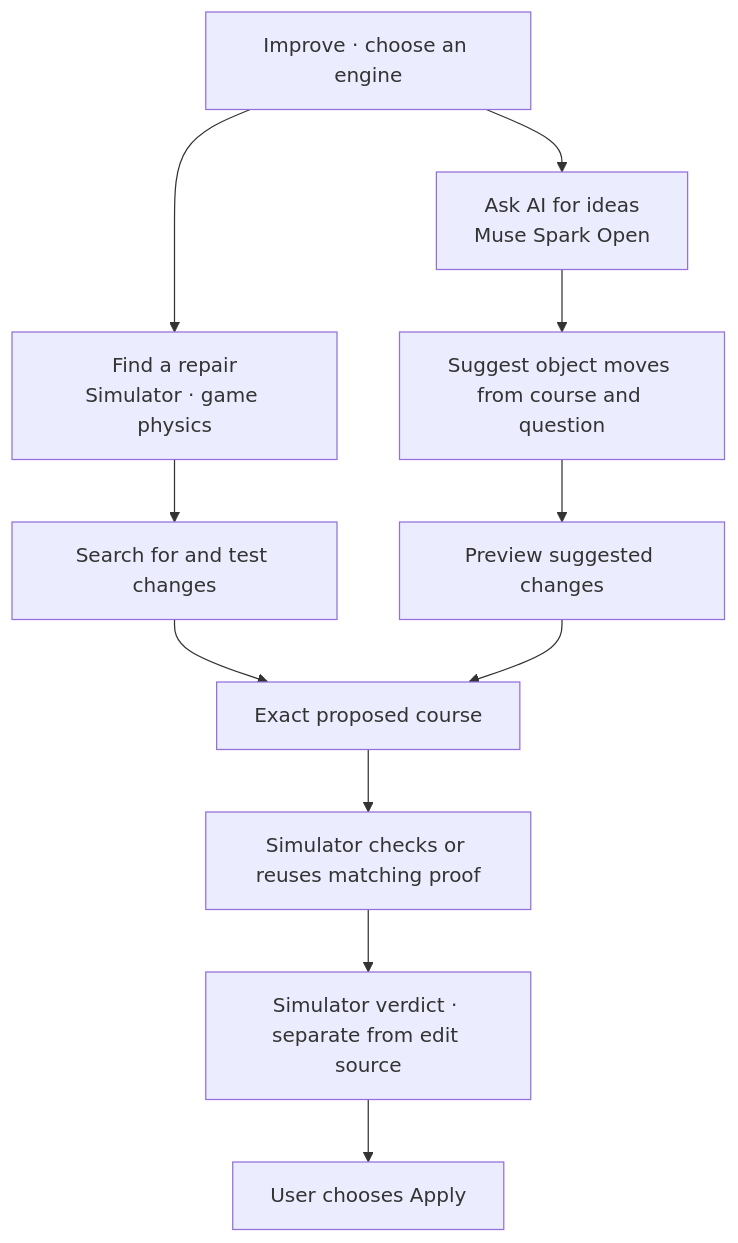
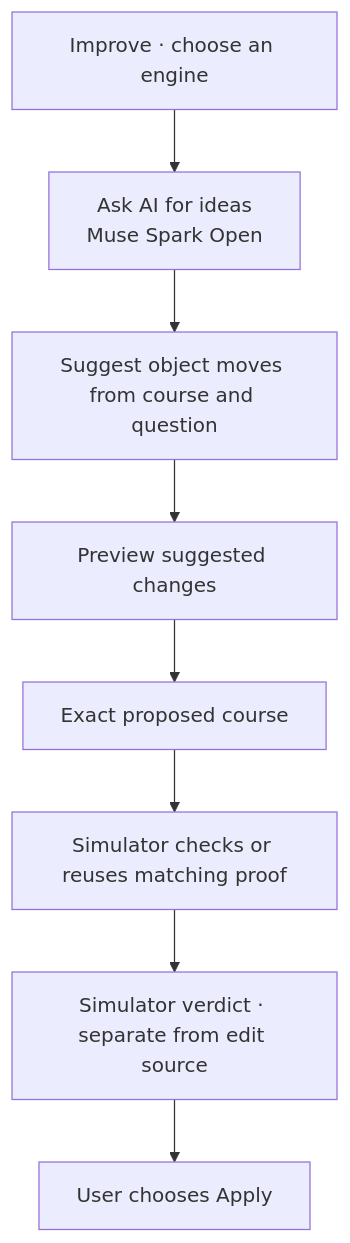
The first of 6 diagrams in docs/editor-proof-flow.md (gitgithan/conquercourse), drawn with Mermaid before and after one commit. The commit also changed other lines of this file and 13 other files, not shown here.

Commit message:
Remove standalone editor repair actions and guide users to AI ideas

````diff
--- a/docs/editor-proof-flow.md
+++ b/docs/editor-proof-flow.md
@@ -33,13 +29,10 @@
 ```mermaid
 flowchart TD
-  MENU["Improve · choose an engine"] --> REPAIR["Find a repair<br/>Simulator · game physics"]
-  MENU --> IDEAS["Ask AI for ideas<br/>Muse Spark Open"]
-  REPAIR --> SEARCH["Search for and test changes"]
+  MENU["Improve · choose an engine"] --> IDEAS["Ask AI for ideas<br/>Muse Spark Open"]
   IDEAS --> AI["Suggest object moves from course and question"]
   AI --> SHOW["Preview suggested changes"]
-  SEARCH --> PREVIEW["Exact proposed course"]
-  SHOW --> PREVIEW
+  SHOW --> PREVIEW["Exact proposed course"]
   PREVIEW --> CHECK["Simulator checks or reuses matching proof"]
   CHECK --> VERDICT["Simulator verdict · separate from edit source"]
   VERDICT --> APPLY["User chooses Apply"]
 ```
````
